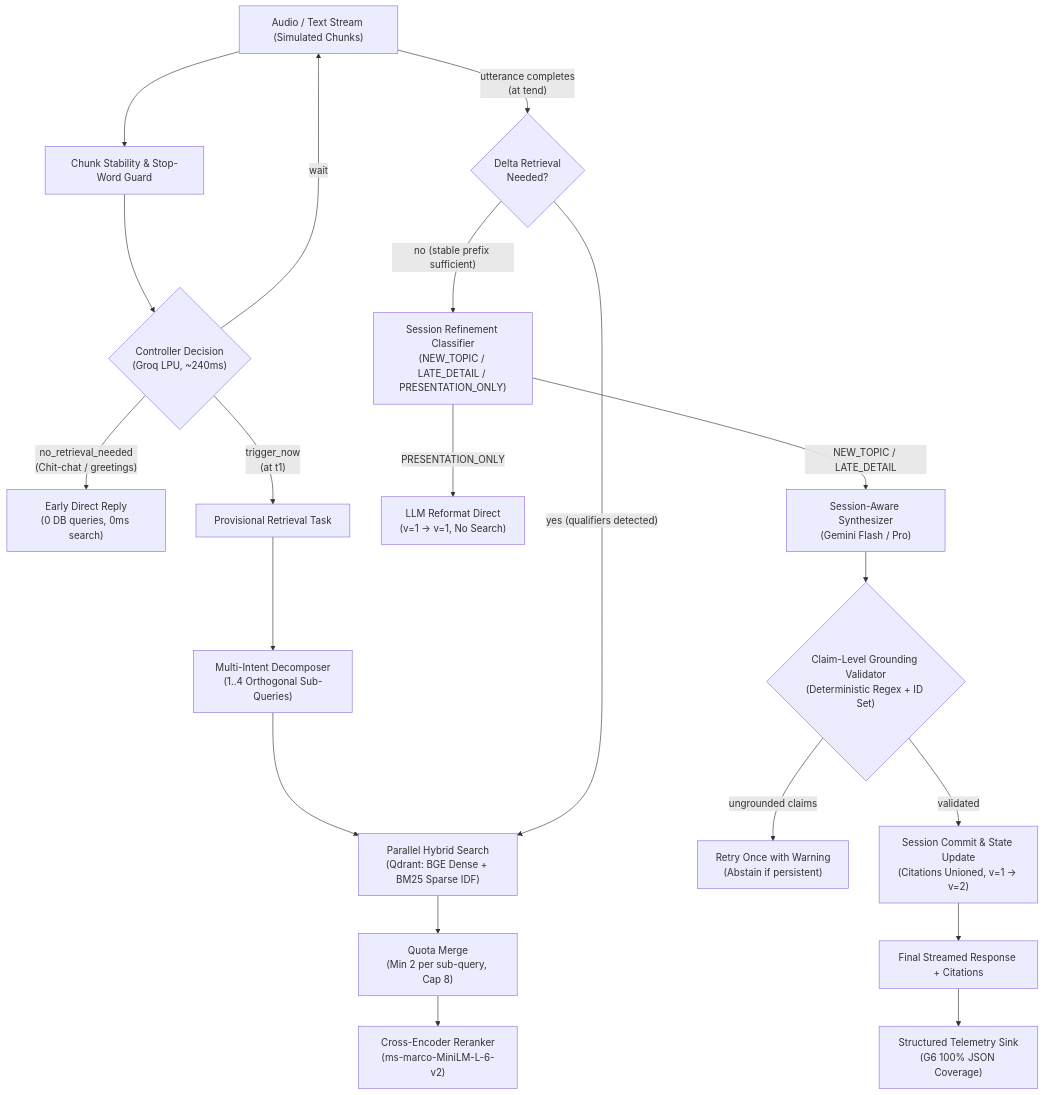
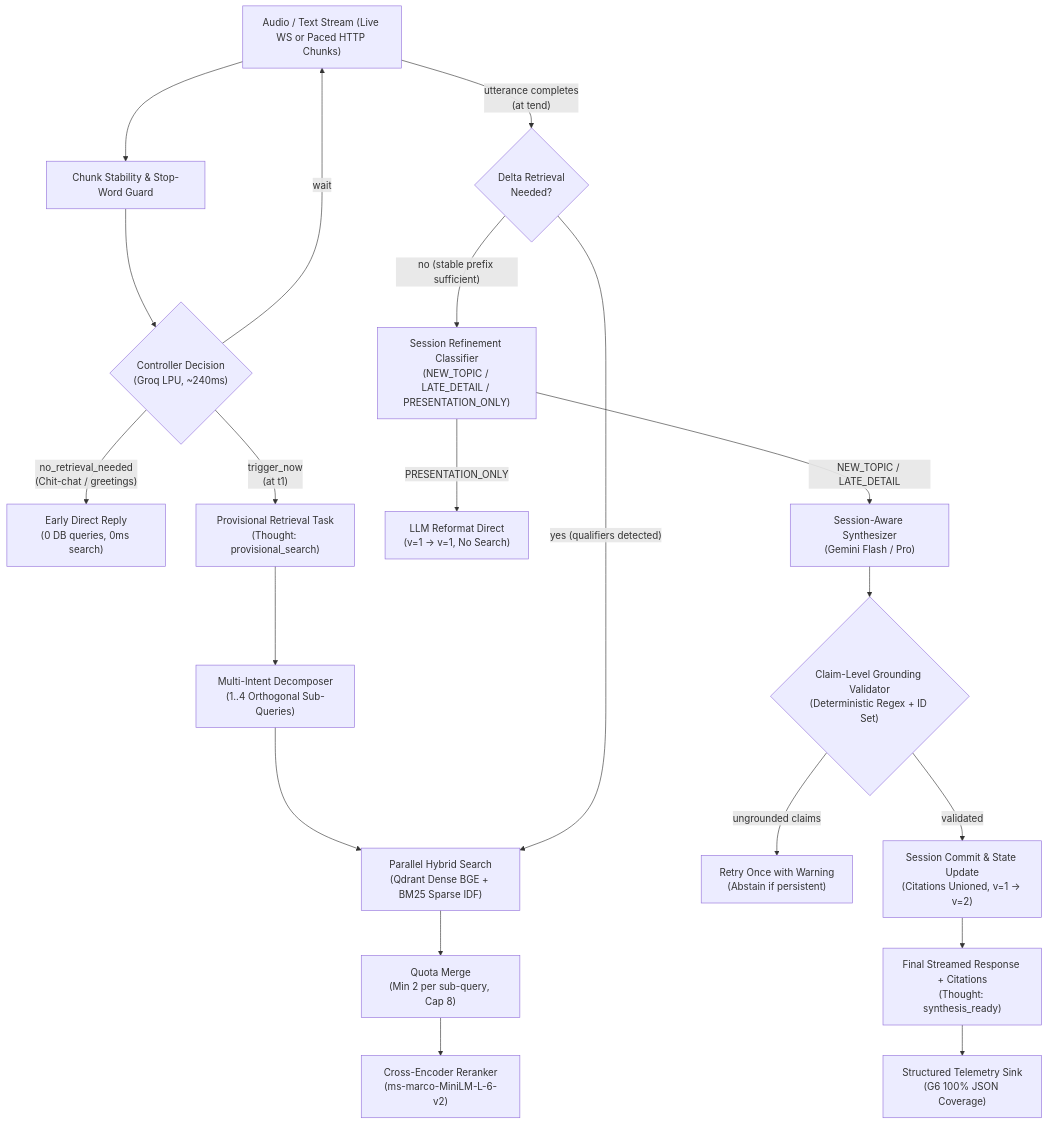
One commit to codewithyuvi/Streaming-Live-Rag changed the diagram in streaming-live-rag/docs/ARCHITECTURE_BRIEF.md. Above: the diagram before and after it, drawn with Mermaid. The commit also changed other lines of this file and 5 other files, not shown here.

Commit message:
docs: refresh documentation suite with 4-phase thought stream, embedded Qdrant fallback, and quickstart

````diff
--- a/streaming-live-rag/docs/ARCHITECTURE_BRIEF.md
+++ b/streaming-live-rag/docs/ARCHITECTURE_BRIEF.md
@@ -9,29 +9,29 @@
 ```mermaid
 flowchart TD
-    A["Audio / Text Stream (Simulated Chunks)"] --> B["Chunk Stability & Stop-Word Guard"]
+    A["Audio / Text Stream (Live WS or Paced HTTP Chunks)"] --> B["Chunk Stability & Stop-Word Guard"]
     B --> C{"Controller Decision\n(Groq LPU, ~240ms)"}
     
     C -- "no_retrieval_needed\n(Chit-chat / greetings)" --> C2["Early Direct Reply\n(0 DB queries, 0ms search)"]
     C -- "wait" --> A
     
-    C -- "trigger_now\n(at t1)" --> D["Provisional Retrieval Task"]
+    C -- "trigger_now\n(at t1)" --> D["Provisional Retrieval Task\n(Thought: provisional_search)"]
     D --> E["Multi-Intent Decomposer\n(1..4 Orthogonal Sub-Queries)"]
     
-    E --> F["Parallel Hybrid Search\n(Qdrant: BGE Dense + BM25 Sparse IDF)"]
+    E --> F["Parallel Hybrid Search\n(Qdrant Dense BGE + BM25 Sparse IDF)"]
     F --> G["Quota Merge\n(Min 2 per sub-query, Cap 8)"]
     G --> H["Cross-Encoder Reranker\n(ms-marco-MiniLM-L-6-v2)"]
     
     A -- "utterance completes\n(at tend)" --> I{"Delta Retrieval\nNeeded?"}
     I -- "yes (qualifiers detected)" --> F
     I -- "no (stable prefix sufficient)" --> J["Session Refinement Classifier\n(NEW_TOPIC / LATE_DETAIL / PRESENTATION_ONLY)"]
     
     J -- "PRESENTATION_ONLY" --> K["LLM Reformat Direct\n(v=1 -> v=1, No Search)"]
     J -- "NEW_TOPIC / LATE_DETAIL" --> L["Session-Aware Synthesizer\n(Gemini Flash / Pro)"]
     
     L --> M{"Claim-Level Grounding Validator\n(Deterministic Regex + ID Set)"}
     M -- "ungrounded claims" --> N["Retry Once with Warning\n(Abstain if persistent)"]
     M -- "validated" --> O["Session Commit & State Update\n(Citations Unioned, v=1 -> v=2)"]
     
-    O --> P["Final Streamed Response + Citations"]
+    O --> P["Final Streamed Response + Citations\n(Thought: synthesis_ready)"]
     P --> Q["Structured Telemetry Sink\n(G6 100% JSON Coverage)"]
 ```
````
